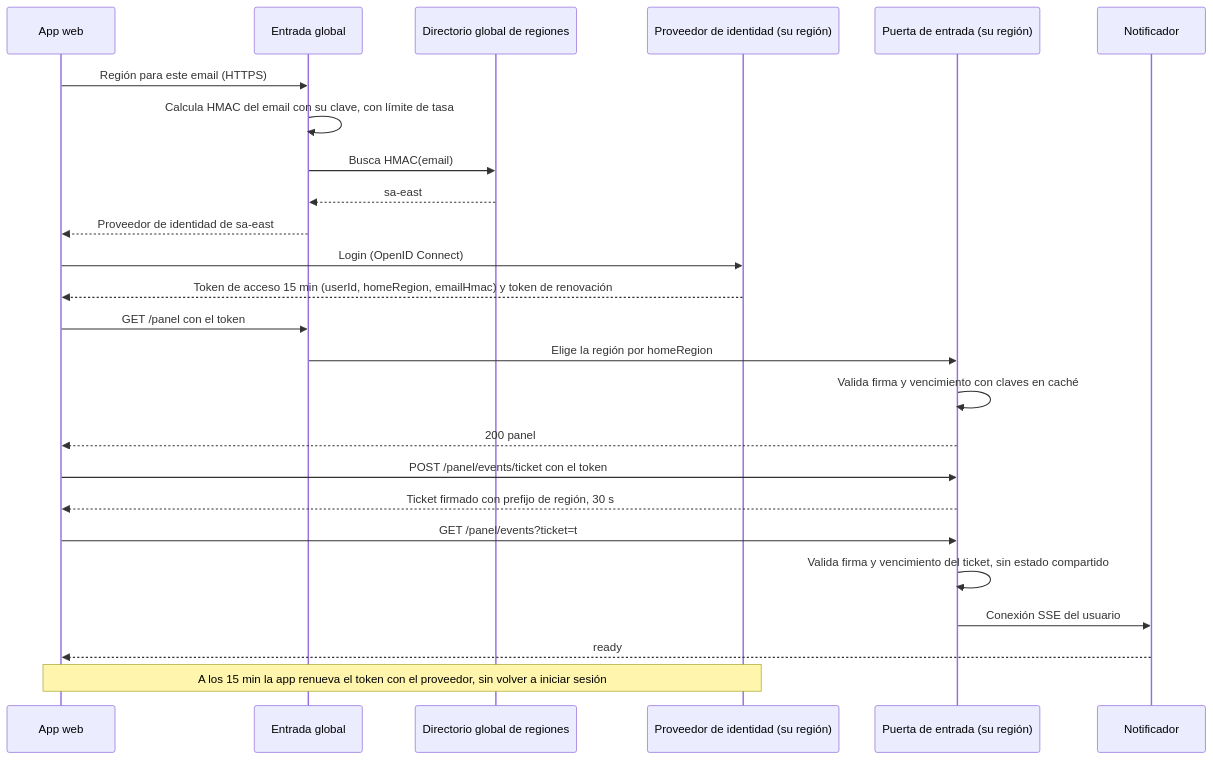
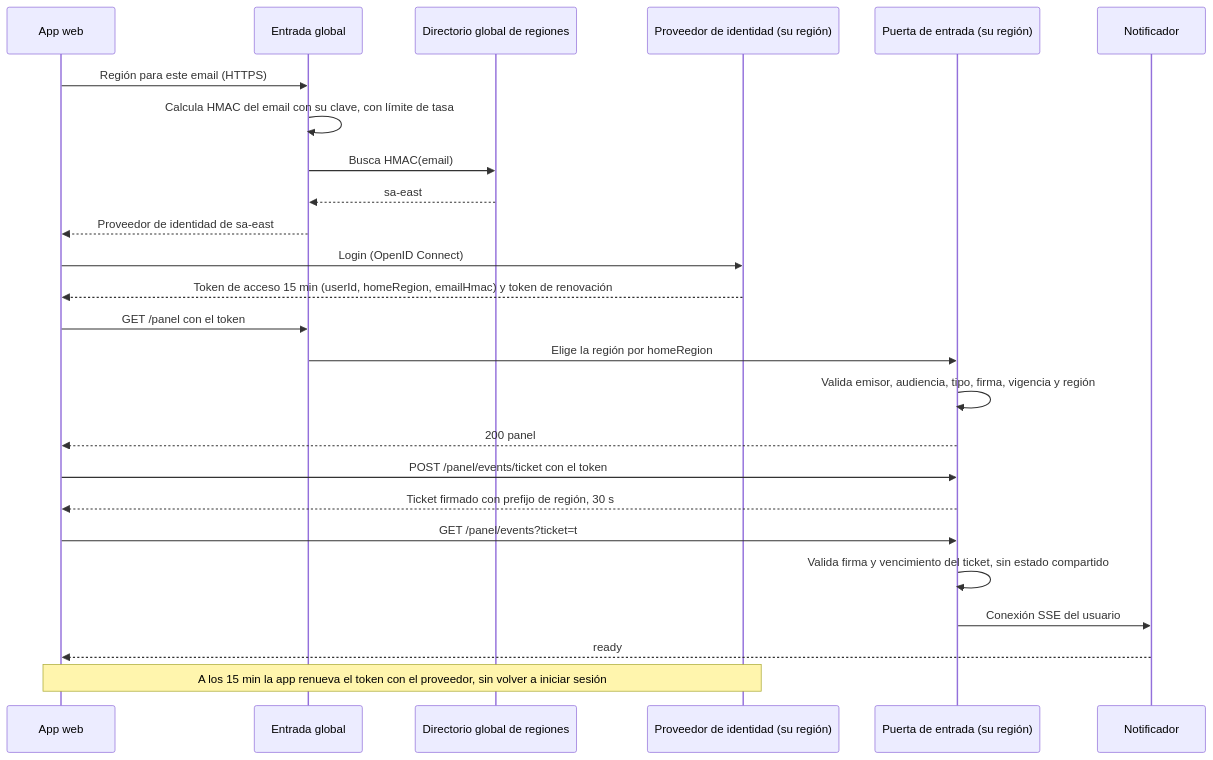
Before and after one commit to TadeoBrun1/TPE_software: the fifth of 5 diagrams in trotamundos/docs/02-views/sequence-views.md, drawn with Mermaid. The commit also changed other lines of this file and 25 other files, not shown here.

````diff
--- a/trotamundos/docs/02-views/sequence-views.md
+++ b/trotamundos/docs/02-views/sequence-views.md
@@ -172,27 +172,27 @@
 ```mermaid
 sequenceDiagram
     participant App as App web
     participant E as Entrada global
     participant DIR as Directorio global de regiones
     participant IDP as Proveedor de identidad (su región)
     participant G as Puerta de entrada (su región)
     participant NT as Notificador
     App->>E: Región para este email (HTTPS)
     E->>E: Calcula HMAC del email con su clave, con límite de tasa
     E->>DIR: Busca HMAC(email)
     DIR-->>E: sa-east
     E-->>App: Proveedor de identidad de sa-east
     App->>IDP: Login (OpenID Connect)
     IDP-->>App: Token de acceso 15 min (userId, homeRegion, emailHmac) y token de renovación
     App->>E: GET /panel con el token
     E->>G: Elige la región por homeRegion
-    G->>G: Valida firma y vencimiento con claves en caché
+    G->>G: Valida emisor, audiencia, tipo, firma, vigencia y región
     G-->>App: 200 panel
     App->>G: POST /panel/events/ticket con el token
     G-->>App: Ticket firmado con prefijo de región, 30 s
     App->>G: GET /panel/events?ticket=t
     G->>G: Valida firma y vencimiento del ticket, sin estado compartido
     G->>NT: Conexión SSE del usuario
     NT-->>App: ready
     Note over App,IDP: A los 15 min la app renueva el token con el proveedor, sin volver a iniciar sesión
 ```
````
